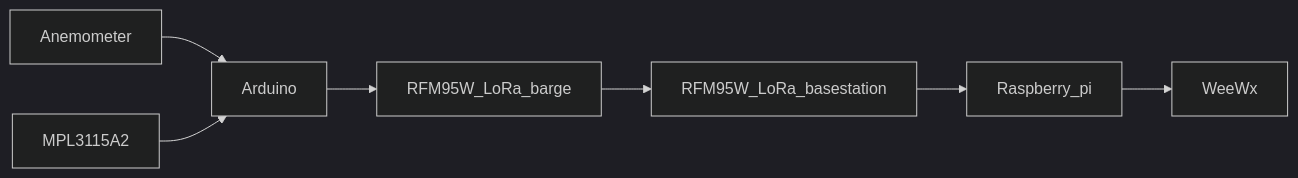
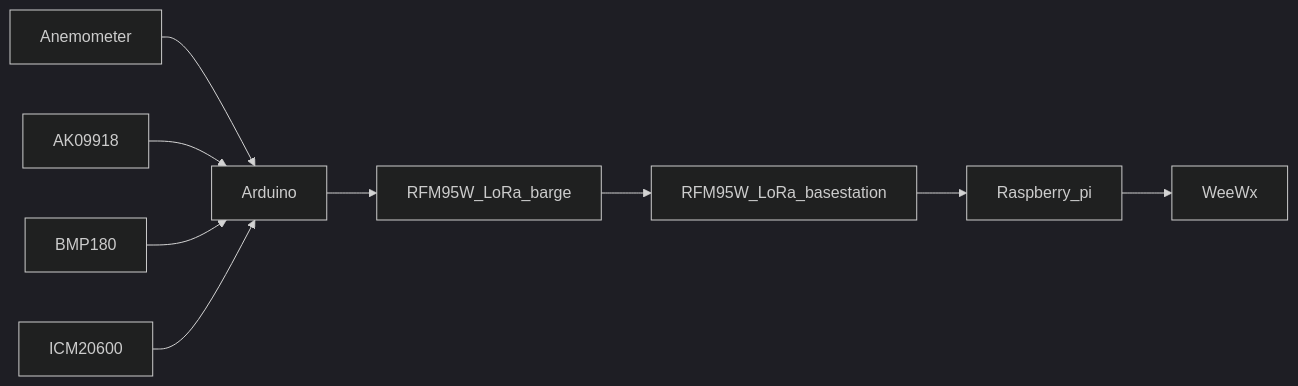
The diagram in README.md (logic-switch/gsc-weather), drawn with Mermaid (dark theme) before and after one commit. The commit also changed other lines of this file, not shown here.

Commit message:
Update arduino wiring documentation

````diff
--- a/README.md
+++ b/README.md
@@ -10,9 +10,11 @@
 ```mermaid
 graph LR;
     Anemometer-->Arduino;
-    MPL3115A2-->Arduino;
+    AK09918-->Arduino;
+    BMP180-->Arduino;
+    ICM20600-->Arduino;
     Arduino-->RFM95W_LoRa_barge;
     RFM95W_LoRa_barge-->RFM95W_LoRa_basestation;
     RFM95W_LoRa_basestation-->Raspberry_pi;
     Raspberry_pi-->WeeWx;
 ```
````
